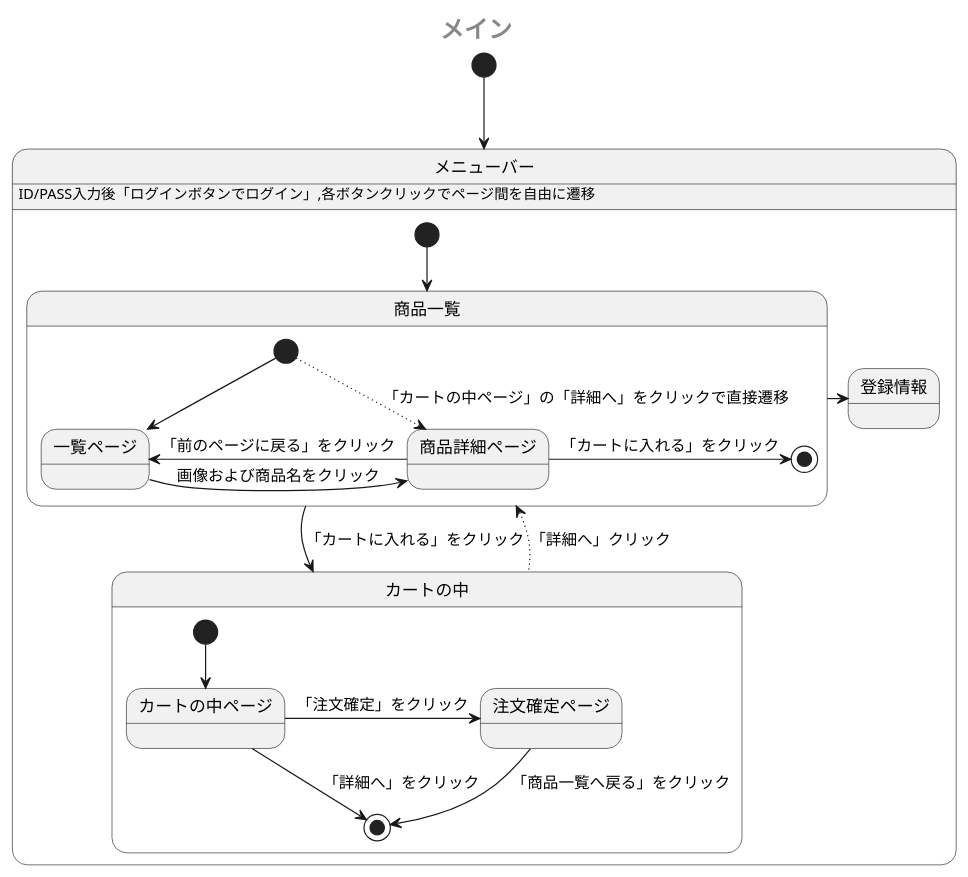
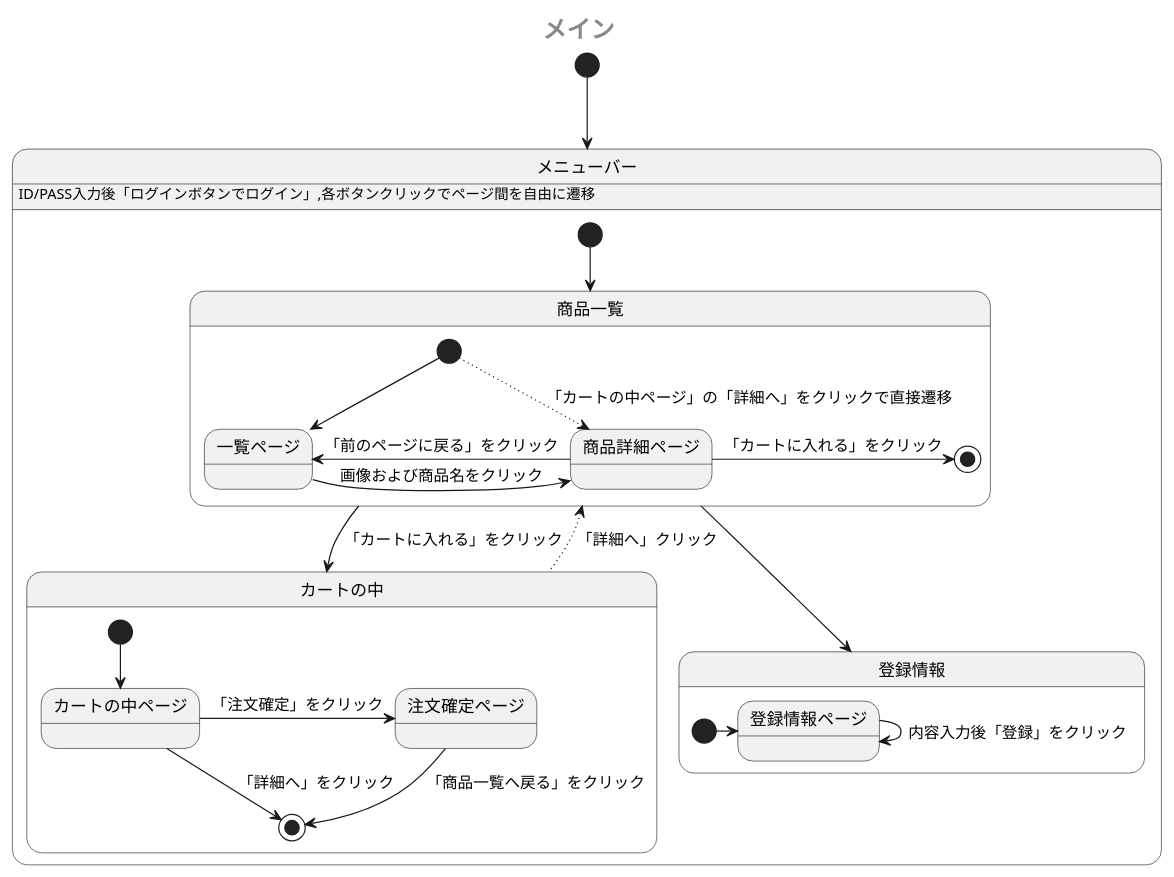
Before and after one commit to Aso2001385/2021sys-design: the first of 2 diagrams in sample/StateMachine.md, drawn with PlantUML.

````diff
--- a/sample/StateMachine.md
+++ b/sample/StateMachine.md
@@ -1,29 +1,33 @@
 ```uml
 @startuml
  center header <size:20><b>メイン</b></size>
  [*] --> メニューバー
  state メニューバー {
    メニューバー: ID/PASS入力後「ログインボタンでログイン」,各ボタンクリックでページ間を自由に遷移
    [*] --> 商品一覧
    state 商品一覧 {
     [*] --> 一覧ページ
     [*] -[dotted]-> 商品詳細ページ: 「カートの中ページ」の「詳細へ」をクリックで直接遷移
     一覧ページ -right-> 商品詳細ページ: 画像および商品名をクリック
     商品詳細ページ -left-> 一覧ページ: 「前のページに戻る」をクリック
     商品詳細ページ -right-> [*]: 「カートに入れる」をクリック
     
    }
    商品一覧 -down-> カートの中:「カートに入れる」をクリック
    state カートの中 {
     [*] --> カートの中ページ
     カートの中ページ --> [*]:「詳細へ」をクリック
     カートの中ページ -> 注文確定ページ:「注文確定」をクリック 
     注文確定ページ --> [*]: 「商品一覧へ戻る」をクリック
    }
    カートの中 -up[dotted]-> 商品一覧:「詳細へ」クリック
-   商品一覧 -right-> 登録情報
+   商品一覧 --> 登録情報
+   state 登録情報{
+    [*] -> 登録情報ページ
+    登録情報ページ --> 登録情報ページ:内容入力後「登録」をクリック
+   }
    
  }
  
 @enduml
 ```
````
